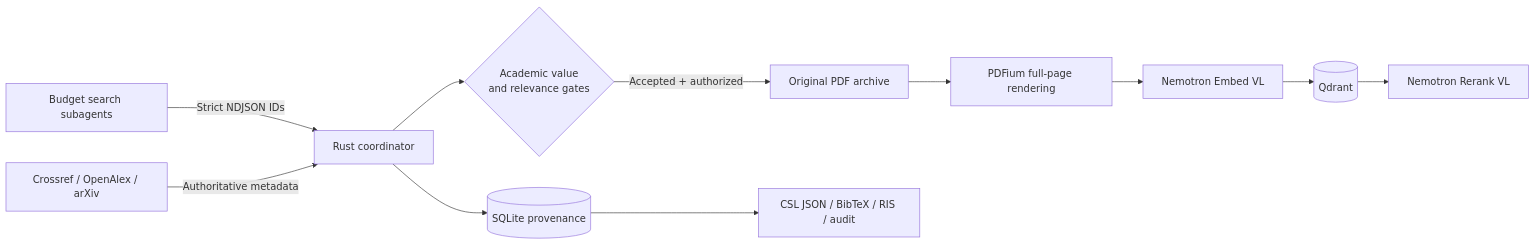
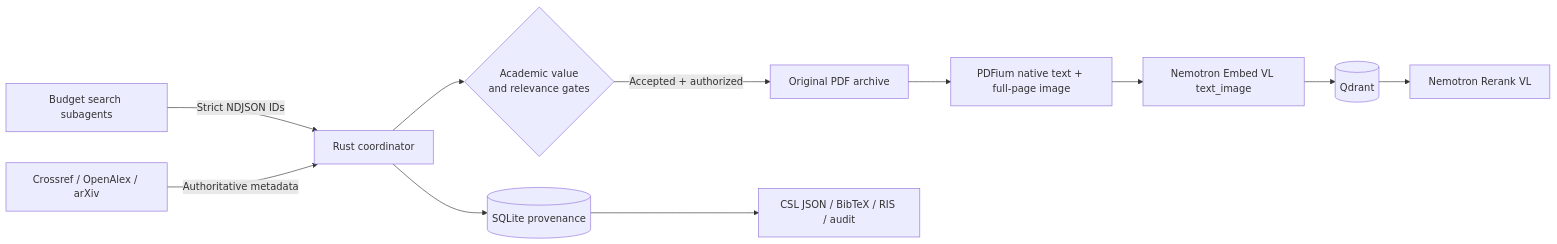
Before and after one commit to Ruisi-Lu/academic-literature-mining-skill: the diagram in README.md, drawn with Mermaid. The commit also changed other lines of this file and 11 other files, not shown here.

Commit message:
feat(pdf): index native text with page images

````diff
--- a/README.md
+++ b/README.md
@@ -32,13 +33,13 @@
 ```mermaid
 flowchart LR
     A[Budget search subagents] -->|Strict NDJSON IDs| B[Rust coordinator]
     C[Crossref / OpenAlex / arXiv] -->|Authoritative metadata| B
     B --> D{Academic value<br/>and relevance gates}
     D -->|Accepted + authorized| E[Original PDF archive]
-    E --> F[PDFium full-page rendering]
-    F --> G[Nemotron Embed VL]
+    E --> F[PDFium native text + full-page image]
+    F --> G[Nemotron Embed VL text_image]
     G --> H[(Qdrant)]
     H --> I[Nemotron Rerank VL]
     B --> J[(SQLite provenance)]
     J --> K[CSL JSON / BibTeX / RIS / audit]
 ```
````
